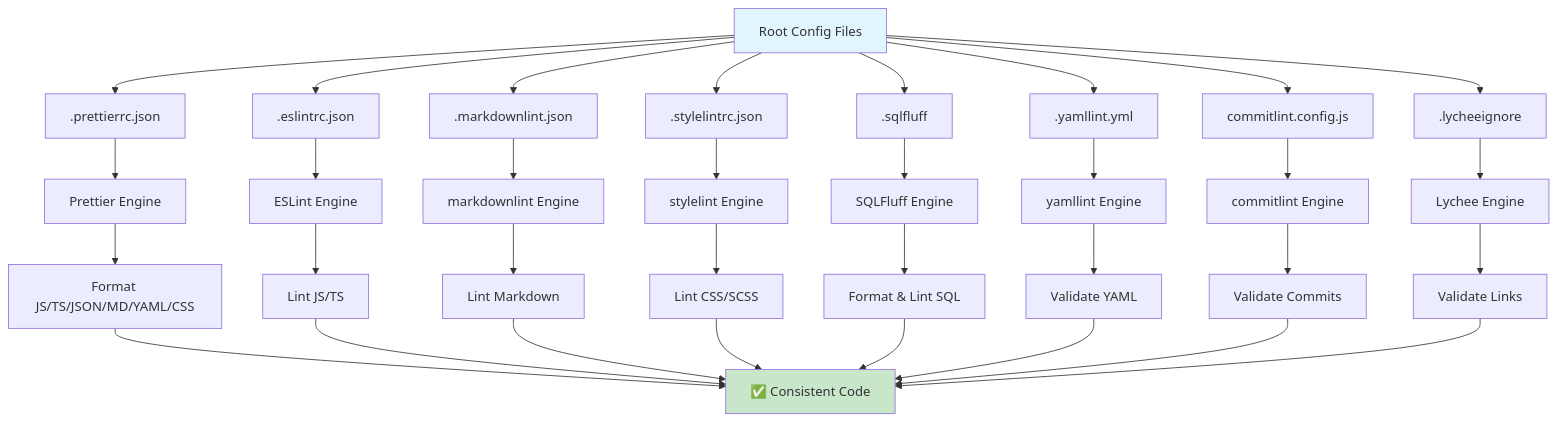
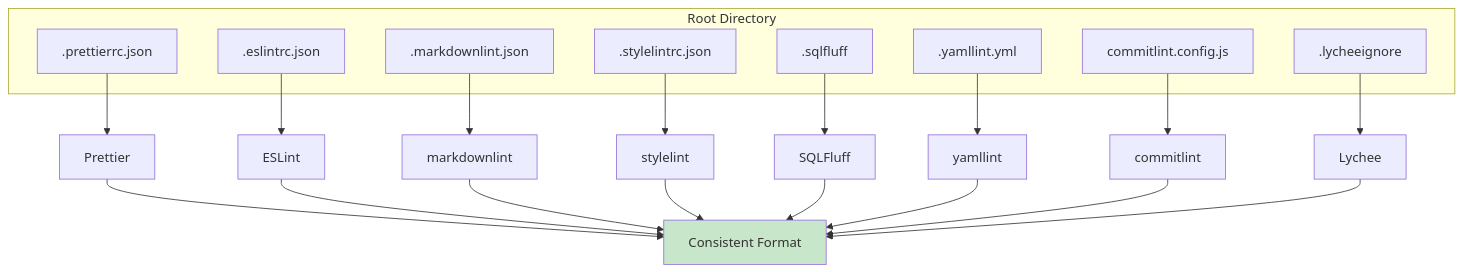
One commit to borealBytes/startup-blueprint changed the sixth of 6 diagrams in .github/CI_CD_GUIDE.md. Above: the diagram before and after it, drawn with Mermaid. The commit also changed other lines of this file, not shown here.

````diff
--- a/.github/CI_CD_GUIDE.md
+++ b/.github/CI_CD_GUIDE.md
@@ -332,41 +325,33 @@
 ```mermaid
-flowchart TD
-    A[Root Config Files] --> B[.prettierrc.json]
-    A --> C[.eslintrc.json]
-    A --> D[.markdownlint.json]
-    A --> E[.stylelintrc.json]
-    A --> F[.sqlfluff]
-    A --> G[.yamllint.yml]
-    A --> H[commitlint.config.js]
-    A --> I[.lycheeignore]
-
-    B --> J[Prettier Engine]
-    C --> K[ESLint Engine]
-    D --> L[markdownlint Engine]
-    E --> M[stylelint Engine]
-    F --> N[SQLFluff Engine]
-    G --> O[yamllint Engine]
-    H --> P[commitlint Engine]
-    I --> Q[Lychee Engine]
-
-    J --> R[Format JS/TS/JSON/MD/YAML/CSS]
-    K --> S[Lint JS/TS]
-    L --> T[Lint Markdown]
-    M --> U[Lint CSS/SCSS]
-    N --> V[Format & Lint SQL]
-    O --> W[Validate YAML]
-    P --> X[Validate Commits]
-    Q --> Y[Validate Links]
-
-    R --> Z[✅ Consistent Code]
-    S --> Z
-    T --> Z
-    U --> Z
-    V --> Z
-    W --> Z
-    X --> Z
-    Y --> Z
-
-    style A fill:#e1f5ff
-    style Z fill:#c8e6c9
+graph TB
+    subgraph "Root Directory"
+        A[.prettierrc.json]
+        B[.eslintrc.json]
+        C[.markdownlint.json]
+        D[.stylelintrc.json]
+        E[.sqlfluff]
+        F[.yamllint.yml]
+        G[commitlint.config.js]
+        H[.lycheeignore]
+    end
+    
+    A --> I[Prettier]
+    B --> J[ESLint]
+    C --> K[markdownlint]
+    D --> L[stylelint]
+    E --> M[SQLFluff]
+    F --> N[yamllint]
+    G --> O[commitlint]
+    H --> P[Lychee]
+    
+    I --> Q[Consistent Format]
+    J --> Q
+    K --> Q
+    L --> Q
+    M --> Q
+    N --> Q
+    O --> Q
+    P --> Q
+    
+    style Q fill:#c8e6c9
 ```
````
